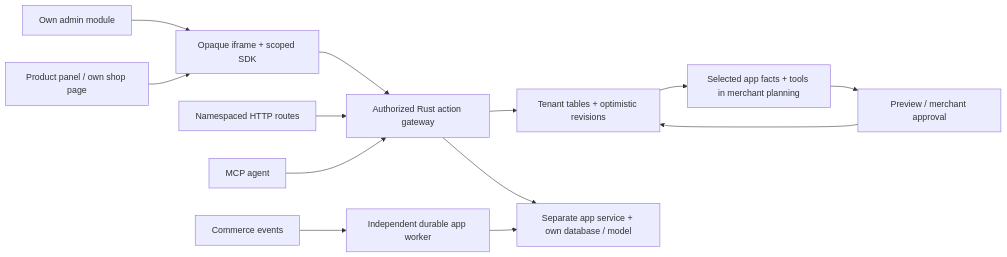
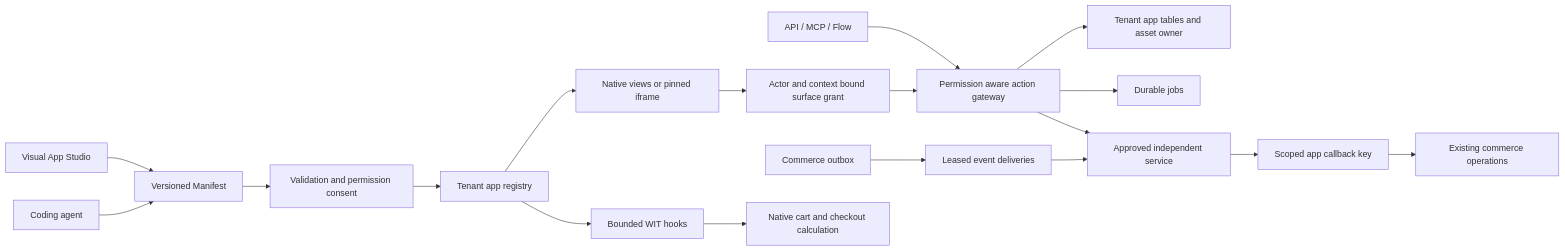
Before and after one commit to sthamann/rust-ai-commerce: the diagram in docs/app-platform.md, drawn with Mermaid. The commit also changed other lines of this file and 292 other files, not shown here.

First line of the commit message:
Isolate app execution and add executable visual App Studio (#72)

````diff
--- a/docs/app-platform.md
+++ b/docs/app-platform.md
@@ -24,15 +9,20 @@
 ```mermaid
 flowchart LR
-  Admin[Own admin module] --> Bridge[Opaque iframe + scoped SDK]
-  Shop[Product panel / own shop page] --> Bridge
-  Bridge --> Gateway[Authorized Rust action gateway]
-  API[Namespaced HTTP routes] --> Gateway
-  Agent[MCP agent] --> Gateway
-  Gateway --> Managed[Tenant tables + optimistic revisions]
-  Gateway --> Service[Separate app service + own database / model]
-  Outbox[Commerce events] --> Worker[Independent durable app worker]
-  Worker --> Service
-  Managed --> Planner[Selected app facts + tools in merchant planning]
-  Planner --> Approval[Preview / merchant approval]
-  Approval --> Managed
+  Studio[Visual App Studio] --> Manifest[Versioned Manifest]
+  Agent[Coding agent] --> Manifest
+  Manifest --> Review[Validation and permission consent]
+  Review --> Registry[Tenant app registry]
+  Registry --> UI[Native views or pinned iframe]
+  UI --> Grant[Actor and context bound surface grant]
+  API[API / MCP / Flow] --> Gateway[Permission aware action gateway]
+  Grant --> Gateway
+  Gateway --> Data[Tenant app tables and asset owner]
+  Gateway --> Jobs[Durable jobs]
+  Gateway --> Service[Approved independent service]
+  Outbox[Commerce outbox] --> Events[Leased event deliveries]
+  Events --> Service
+  Service --> Callback[Scoped app callback key]
+  Callback --> Core[Existing commerce operations]
+  Registry --> Component[Bounded WIT hooks]
+  Component --> Quote[Native cart and checkout calculation]
 ```
````
